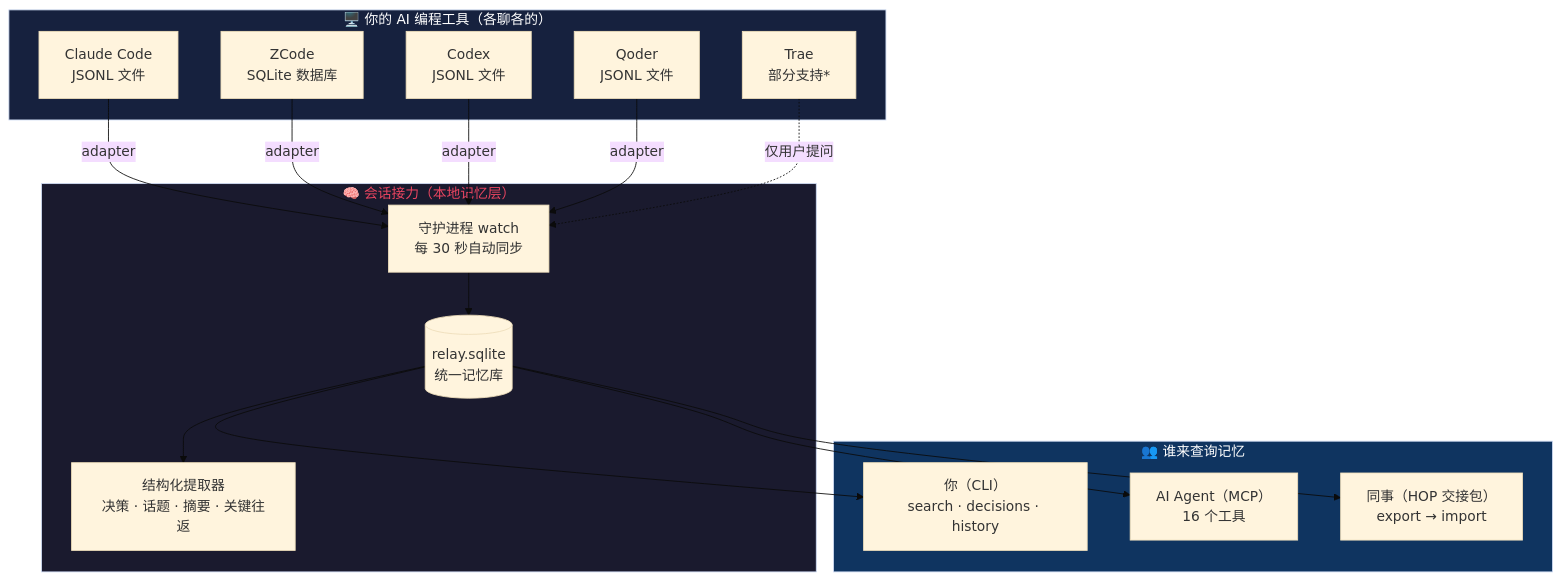
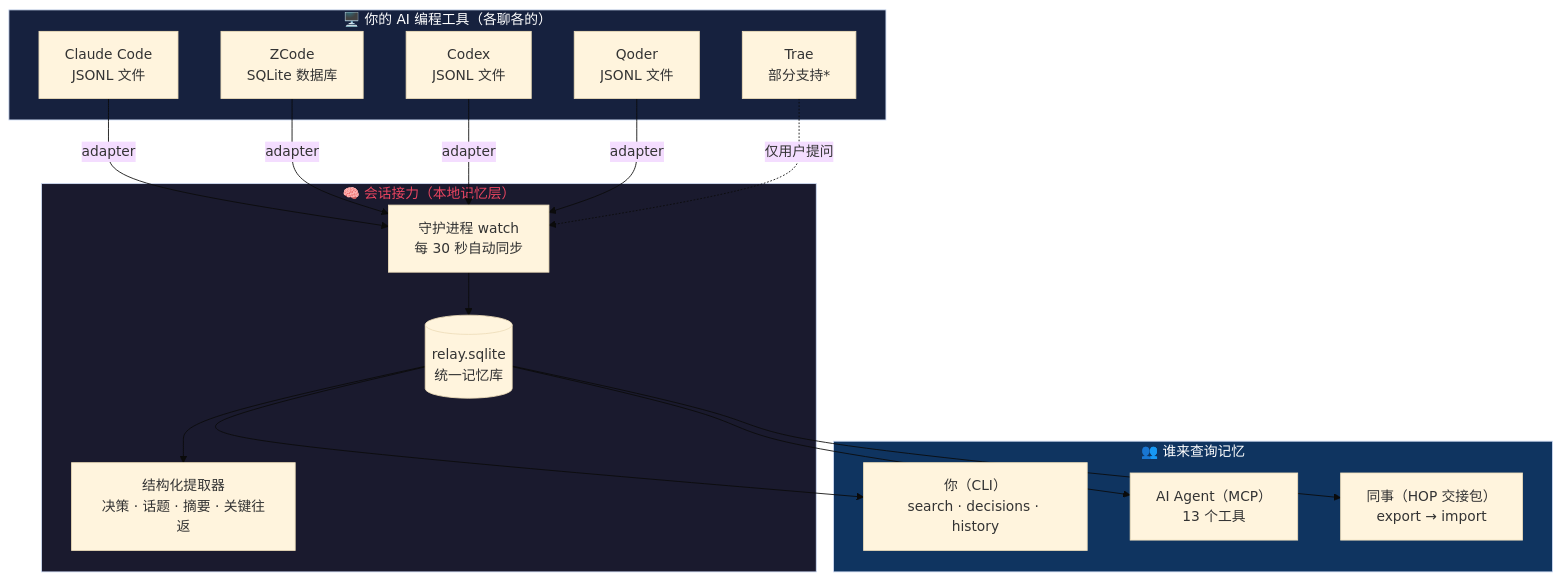
The first of 4 diagrams in README.md (EwanJasper/SessionRelay), drawn with Mermaid (base theme) before and after one commit. The commit also changed other lines of this file and 30 other files, not shown here.

````diff
--- a/README.md
+++ b/README.md
@@ -170,37 +170,37 @@
 ```mermaid
 graph TB
     subgraph Sources["🖥️ 你的 AI 编程工具（各聊各的）"]
         CC["Claude Code<br/>JSONL 文件"]
         ZC["ZCode<br/>SQLite 数据库"]
         CX["Codex<br/>JSONL 文件"]
         QD["Qoder<br/>JSONL 文件"]
         TR["Trae<br/>部分支持*"]
     end
 
     subgraph Relay["🧠 会话接力（本地记忆层）"]
         DAEMON["守护进程 watch<br/>每 30 秒自动同步"]
         DB[("relay.sqlite<br/>统一记忆库")]
         EXTRACT["结构化提取器<br/>决策 · 话题 · 摘要 · 关键往返"]
     end
 
     subgraph Consumers["👥 谁来查询记忆"]
         YOU["你（CLI）<br/>search · decisions · history"]
-        AGENT["AI Agent（MCP）<br/>16 个工具"]
+        AGENT["AI Agent（MCP）<br/>13 个工具"]
         TEAM["同事（HOP 交接包）<br/>export → import"]
     end
 
     CC -->|adapter| DAEMON
     ZC -->|adapter| DAEMON
     CX -->|adapter| DAEMON
     QD -->|adapter| DAEMON
     TR -.->|仅用户提问| DAEMON
     DAEMON --> DB
     DB --> EXTRACT
     DB --> YOU
     DB --> AGENT
     DB --> TEAM
 
     style Relay fill:#1a1a2e,color:#e94560
     style Sources fill:#16213e,color:#fff
     style Consumers fill:#0f3460,color:#fff
 ```
````
